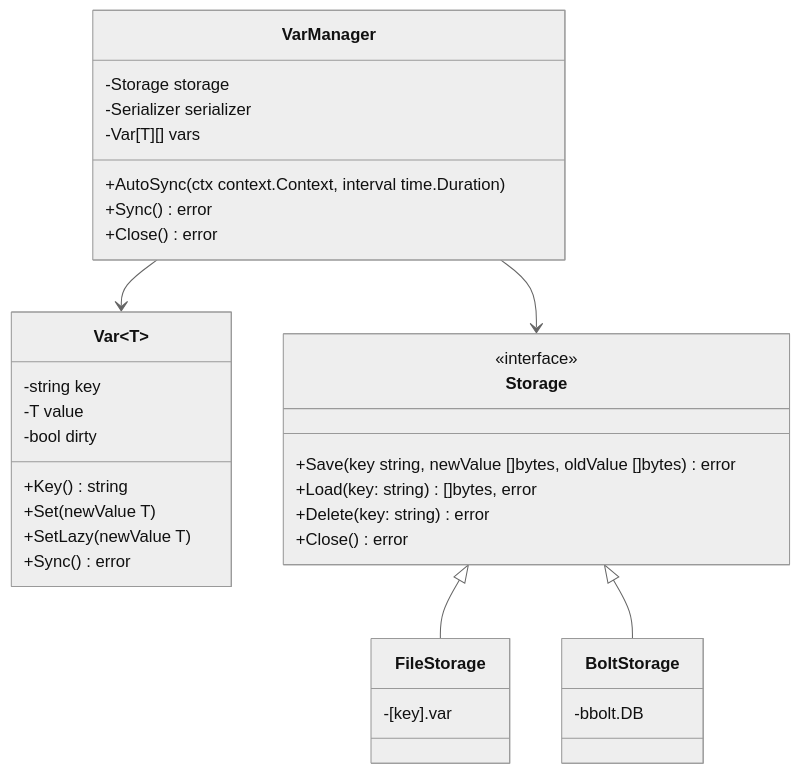
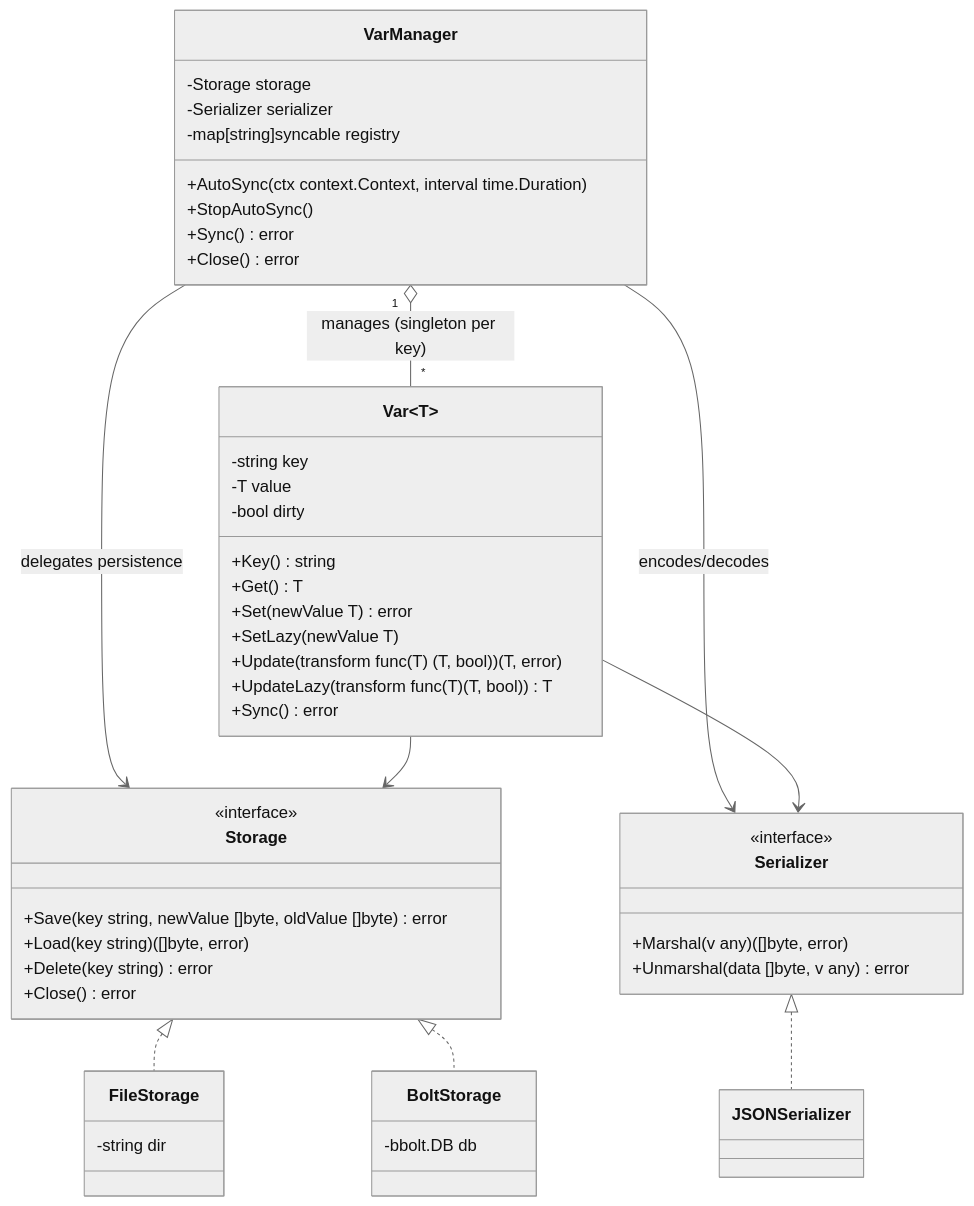
Before and after one commit to eos175/persistvar: the first of 2 diagrams in README.md, drawn with Mermaid (neutral theme). The commit also changed other lines of this file and 3 other files, not shown here.

````diff
--- a/README.md
+++ b/README.md
@@ -138,43 +79,59 @@
 ```mermaid
 classDiagram
     class VarManager {
         -Storage storage
         -Serializer serializer
-        -Var[T][] vars
+        -map[string]syncable registry
         +AutoSync(ctx context.Context, interval time.Duration)
+        +StopAutoSync()
         +Sync() error
         +Close() error
     }
 
     class Var~T~ {
         -string key
         -T value
         -bool dirty
         +Key() string
-        +Set(newValue T)
+        +Get() T
+        +Set(newValue T) error
         +SetLazy(newValue T)
+        +Update(transform func(T) (T, bool)) (T, error)
+        +UpdateLazy(transform func(T) (T, bool)) T
         +Sync() error
     }
 
     class Storage {
         <<interface>>
-        +Save(key string, newValue []bytes, oldValue []bytes) error
-        +Load(key: string) []bytes, error
-        +Delete(key: string) error
+        +Save(key string, newValue []byte, oldValue []byte) error
+        +Load(key string) ([]byte, error)
+        +Delete(key string) error
         +Close() error
     }
 
+    class Serializer {
+        <<interface>>
+        +Marshal(v any) ([]byte, error)
+        +Unmarshal(data []byte, v any) error
+    }
+
     class FileStorage {
-        -[key].var
+        -string dir
     }
 
     class BoltStorage {
-        -bbolt.DB
+        -bbolt.DB db
     }
 
-    VarManager --> Storage
-    VarManager --> Var
-    Storage <|-- FileStorage
-    Storage <|-- BoltStorage
+    class JSONSerializer {
+    }
 
+    VarManager "1" o-- "*" Var : manages (singleton per key)
+    VarManager --> Storage : delegates persistence
+    VarManager --> Serializer : encodes/decodes
+    Var --> Storage
+    Var --> Serializer
+    Storage <|.. FileStorage
+    Storage <|.. BoltStorage
+    Serializer <|.. JSONSerializer
 ```
````
